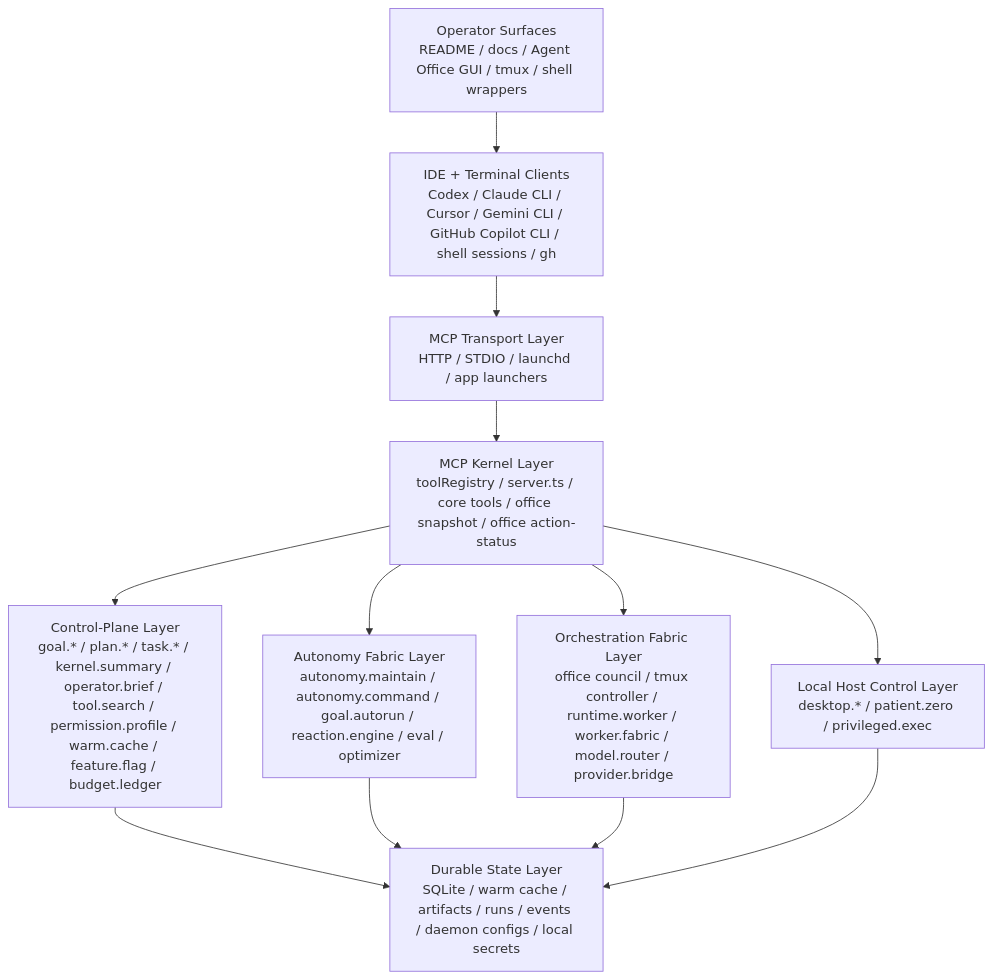
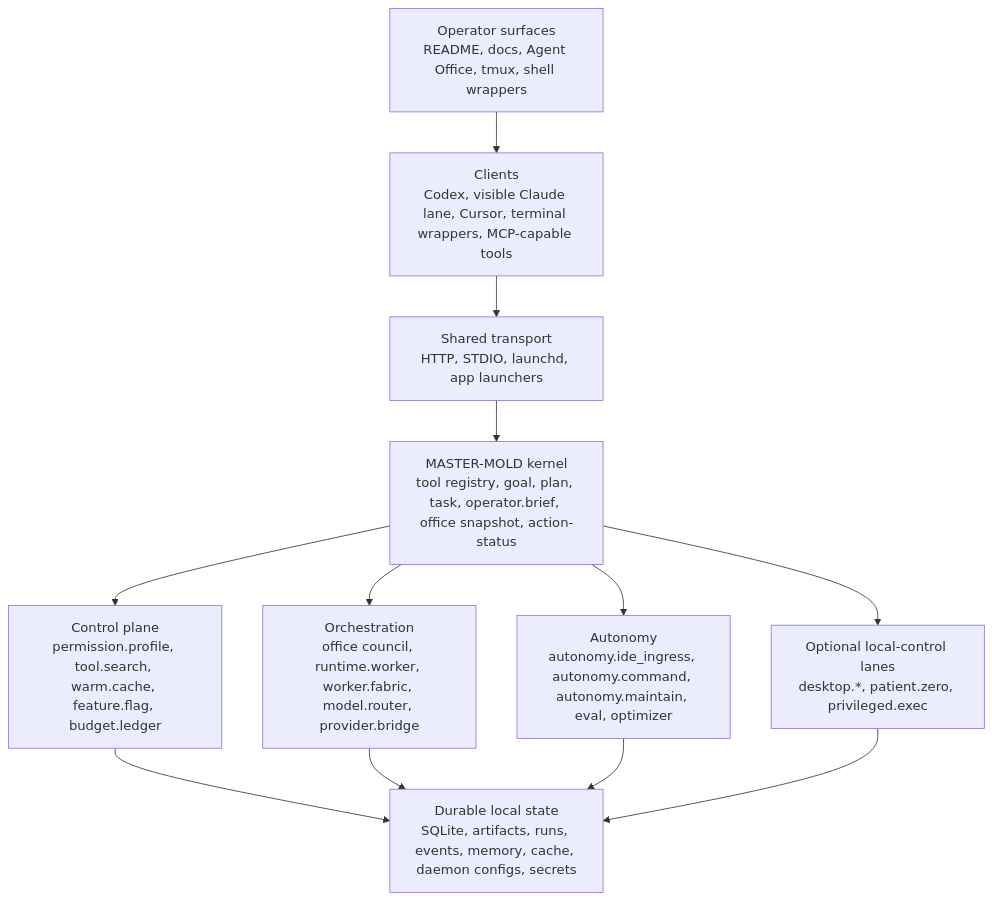
One commit to driverd12/MCPlayground---Core-Template changed the first of 3 diagrams in README.md. Above: the diagram before and after it, drawn with Mermaid. The commit also changed other lines of this file and 1 other file, not shown here.

Commit message:
Reframe README around guided MASTER-MOLD story

````diff
--- a/README.md
+++ b/README.md
@@ -56,14 +56,14 @@
 ```mermaid
 flowchart TD
-  Operator["Operator Surfaces<br/>README / docs / Agent Office GUI / tmux / shell wrappers"] --> Clients["IDE + Terminal Clients<br/>Codex / Claude CLI / Cursor / Gemini CLI / GitHub Copilot CLI / shell sessions / gh"]
-  Clients --> Transport["MCP Transport Layer<br/>HTTP / STDIO / launchd / app launchers"]
-  Transport --> Kernel["MCP Kernel Layer<br/>toolRegistry / server.ts / core tools / office snapshot / office action-status"]
-  Kernel --> Control["Control-Plane Layer<br/>goal.* / plan.* / task.* / kernel.summary / operator.brief / tool.search / permission.profile / warm.cache / feature.flag / budget.ledger"]
-  Kernel --> Autonomy["Autonomy Fabric Layer<br/>autonomy.maintain / autonomy.command / goal.autorun / reaction.engine / eval / optimizer"]
-  Kernel --> Orchestration["Orchestration Fabric Layer<br/>office council / tmux controller / runtime.worker / worker.fabric / model.router / provider.bridge"]
-  Kernel --> Local["Local Host Control Layer<br/>desktop.* / patient.zero / privileged.exec"]
-  Control --> State["Durable State Layer<br/>SQLite / warm cache / artifacts / runs / events / daemon configs / local secrets"]
+  Operator["Operator surfaces<br/>README, docs, Agent Office, tmux, shell wrappers"] --> Clients["Clients<br/>Codex, visible Claude lane, Cursor, terminal wrappers, MCP-capable tools"]
+  Clients --> Transport["Shared transport<br/>HTTP, STDIO, launchd, app launchers"]
+  Transport --> Kernel["MASTER-MOLD kernel<br/>tool registry, goal, plan, task, operator.brief, office snapshot, action-status"]
+  Kernel --> Control["Control plane<br/>permission.profile, tool.search, warm.cache, feature.flag, budget.ledger"]
+  Kernel --> Orchestration["Orchestration<br/>office council, runtime.worker, worker.fabric, model.router, provider.bridge"]
+  Kernel --> Autonomy["Autonomy<br/>autonomy.ide_ingress, autonomy.command, autonomy.maintain, eval, optimizer"]
+  Kernel --> Local["Optional local-control lanes<br/>desktop.*, patient.zero, privileged.exec"]
+  Control --> State["Durable local state<br/>SQLite, artifacts, runs, events, memory, cache, daemon configs, secrets"]
+  Orchestration --> State
   Autonomy --> State
-  Orchestration --> State
   Local --> State
 ```
````
